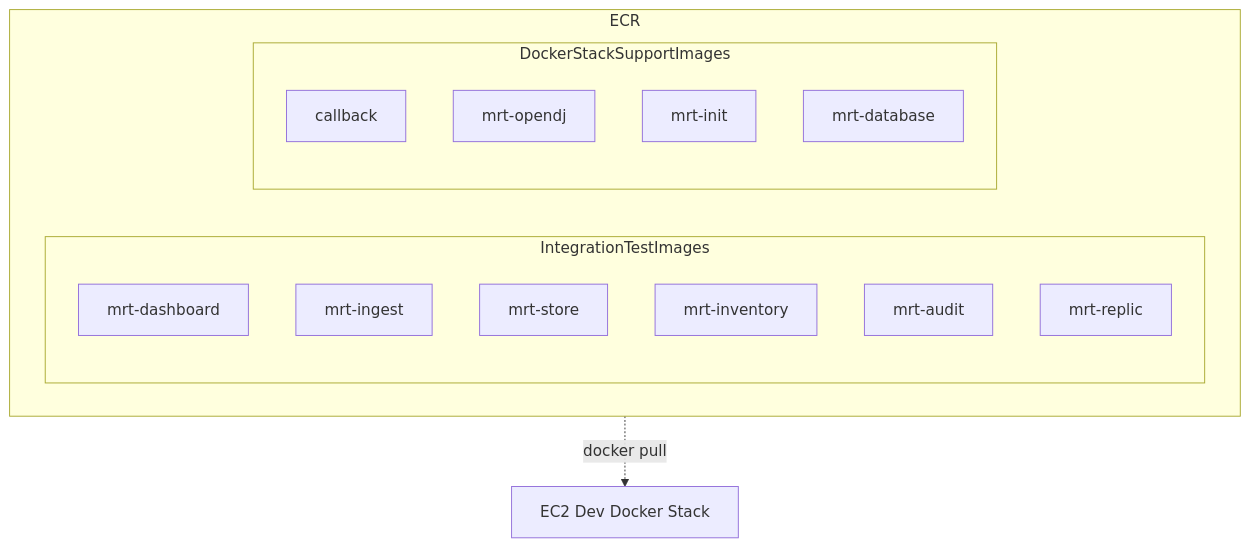
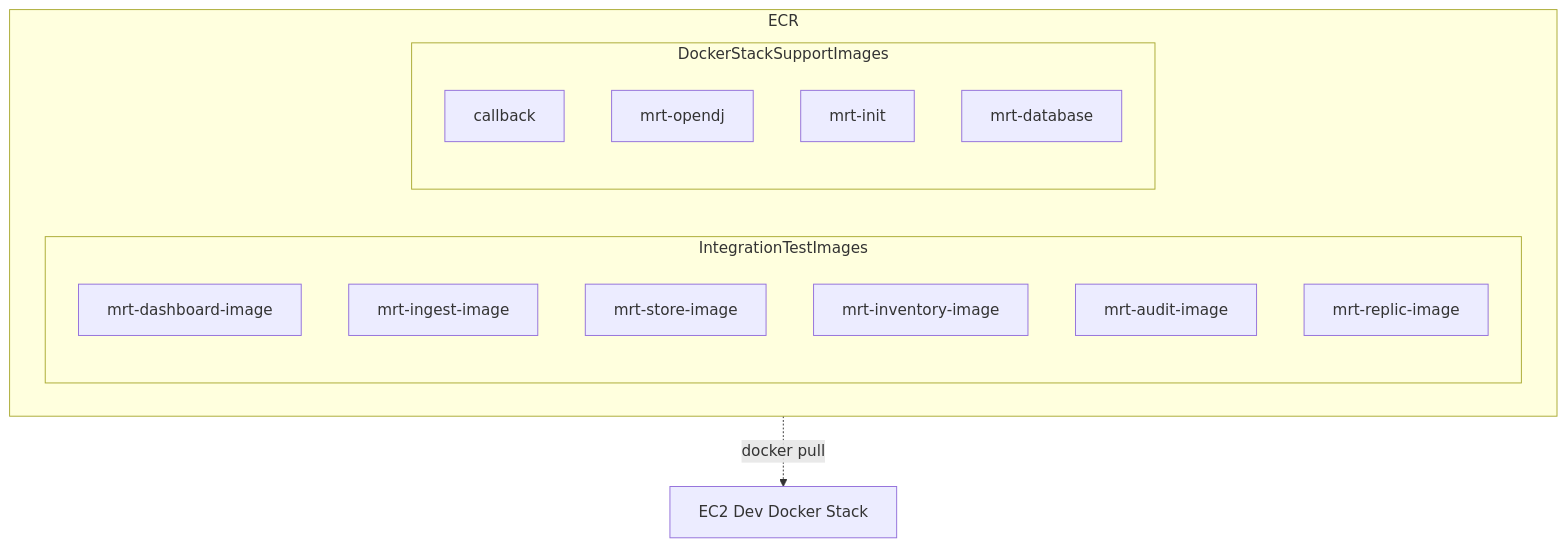
Before and after one commit to CDLUC3/mrt-doc: the fifth of 10 diagrams in design/aws-build/README.md, drawn with Mermaid. The commit also changed other lines of this file, not shown here.

````diff
--- a/design/aws-build/README.md
+++ b/design/aws-build/README.md
@@ -133,22 +133,22 @@
 ```mermaid
 graph TD
   ECR -.-> |docker pull| EC2_Dev
   EC2_Dev[EC2 Dev Docker Stack]
   subgraph ECR
     subgraph IntegrationTestImages
-      mrt-dashboard
-      mrt-ingest
-      mrt-store
-      mrt-inventory
-      mrt-audit
-      mrt-replic
+      mrt-dashboard-image
+      mrt-ingest-image
+      mrt-store-image
+      mrt-inventory-image
+      mrt-audit-image
+      mrt-replic-image
     end
 
     subgraph DockerStackSupportImages
       callback
       mrt-opendj
       mrt-init
       mrt-database
     end
   end
 ```
````
